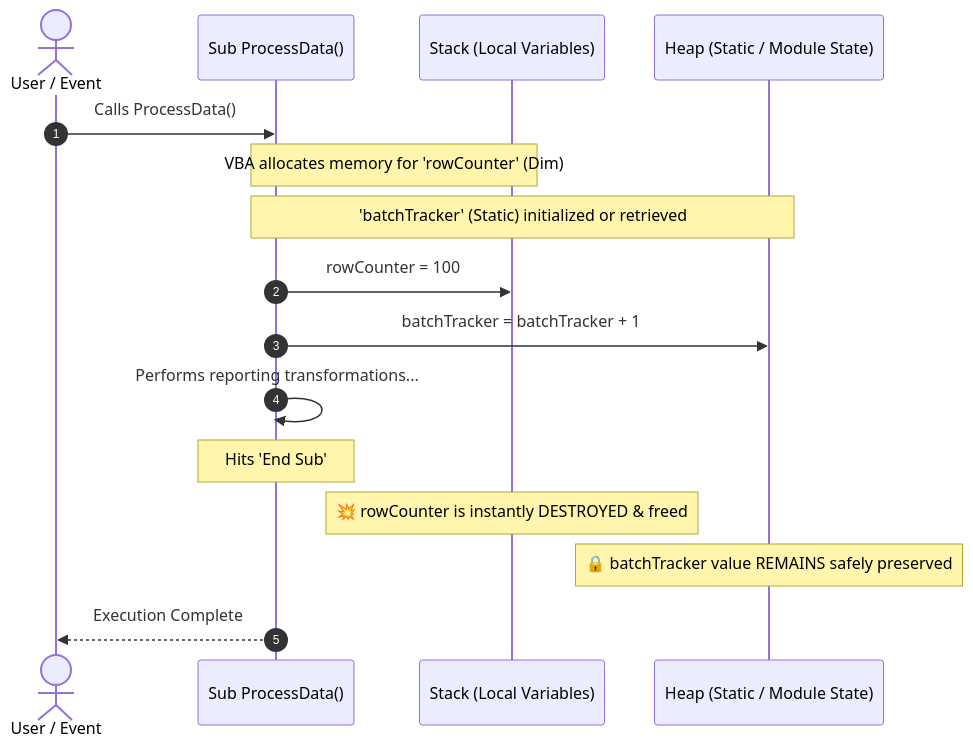
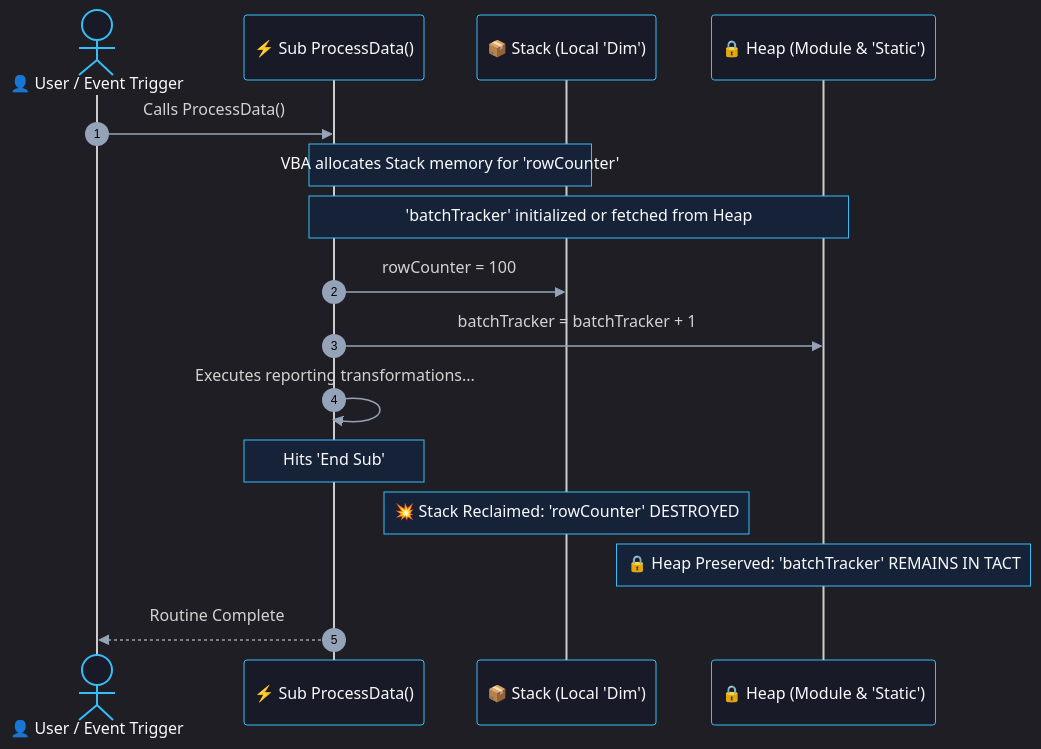
Before and after one commit to Sohila-Khaled-Abbas/Excel-VBA-Second-Brain: the second of 3 diagrams in 02 - VBA Fundamentals/Scope/Scope.md, drawn with Mermaid. The commit also changed other lines of this file and 23 other files, not shown here.

Commit message:
feat: modernize vault diagrams with dark-theme Excel mockup UI, responsive card grids, and high-contrast Mermaid themes

````diff
--- a/02 - VBA Fundamentals/Scope/Scope.md
+++ b/02 - VBA Fundamentals/Scope/Scope.md
@@ -91,19 +88,20 @@
 ```mermaid
+%%{init: {'theme': 'dark', 'themeVariables': { 'darkMode': true, 'fontFamily': 'Inter, sans-serif', 'actorBkg': '#181b27', 'actorBorder': '#38bdf8', 'actorTextColor': '#f8fafc', 'signalColor': '#94a3b8', 'noteBkgColor': '#162238', 'noteBorderColor': '#38bdf8', 'noteTextColor': '#f8fafc' }}}%%
 sequenceDiagram
     autonumber
-    actor User as User / Event
-    participant SubA as Sub ProcessData()
-    participant RAM_Local as Stack (Local Variables)
-    participant RAM_Static as Heap (Static / Module State)
+    actor User as 👤 User / Event Trigger
+    participant SubA as ⚡ Sub ProcessData()
+    participant RAM_Local as 📦 Stack (Local 'Dim')
+    participant RAM_Static as 🔒 Heap (Module & 'Static')
 
     User->>SubA: Calls ProcessData()
-    Note over SubA,RAM_Local: VBA allocates memory for 'rowCounter' (Dim)
-    Note over SubA,RAM_Static: 'batchTracker' (Static) initialized or retrieved
+    Note over SubA,RAM_Local: VBA allocates Stack memory for 'rowCounter'
+    Note over SubA,RAM_Static: 'batchTracker' initialized or fetched from Heap
     SubA->>RAM_Local: rowCounter = 100
     SubA->>RAM_Static: batchTracker = batchTracker + 1
-    SubA->>SubA: Performs reporting transformations...
+    SubA->>SubA: Executes reporting transformations...
     Note over SubA: Hits 'End Sub'
-    Note over RAM_Local: 💥 rowCounter is instantly DESTROYED & freed
-    Note over RAM_Static: 🔒 batchTracker value REMAINS safely preserved
-    SubA-->>User: Execution Complete
+    Note over RAM_Local: 💥 Stack Reclaimed: 'rowCounter' DESTROYED
+    Note over RAM_Static: 🔒 Heap Preserved: 'batchTracker' REMAINS IN TACT
+    SubA-->>User: Routine Complete
 ```
````
